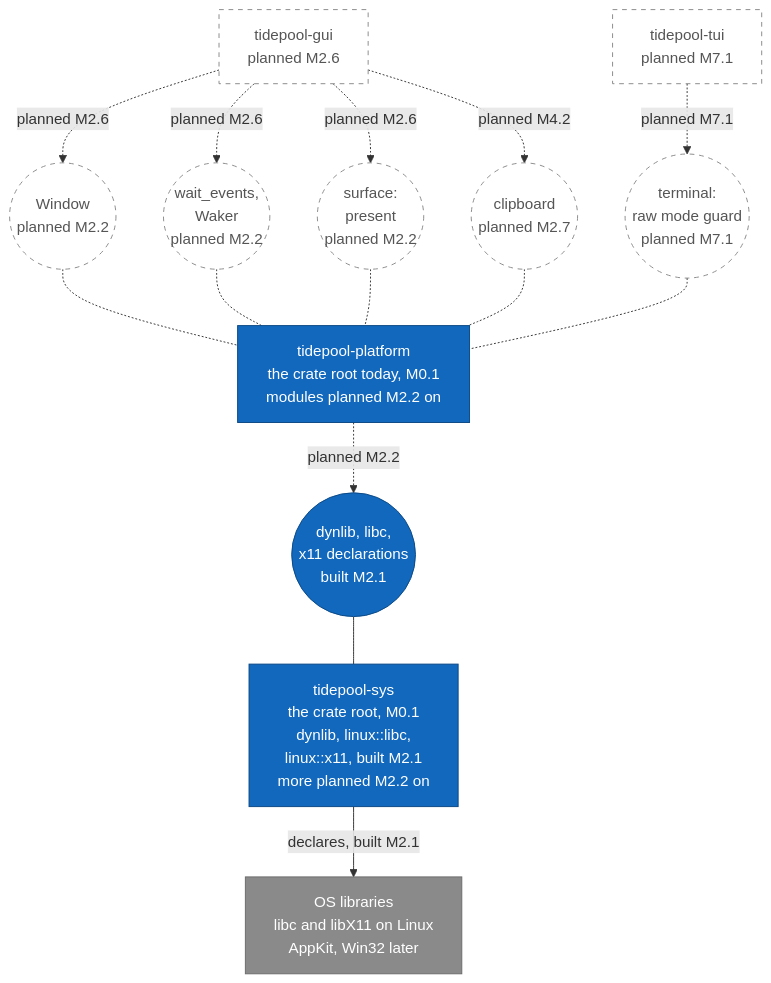
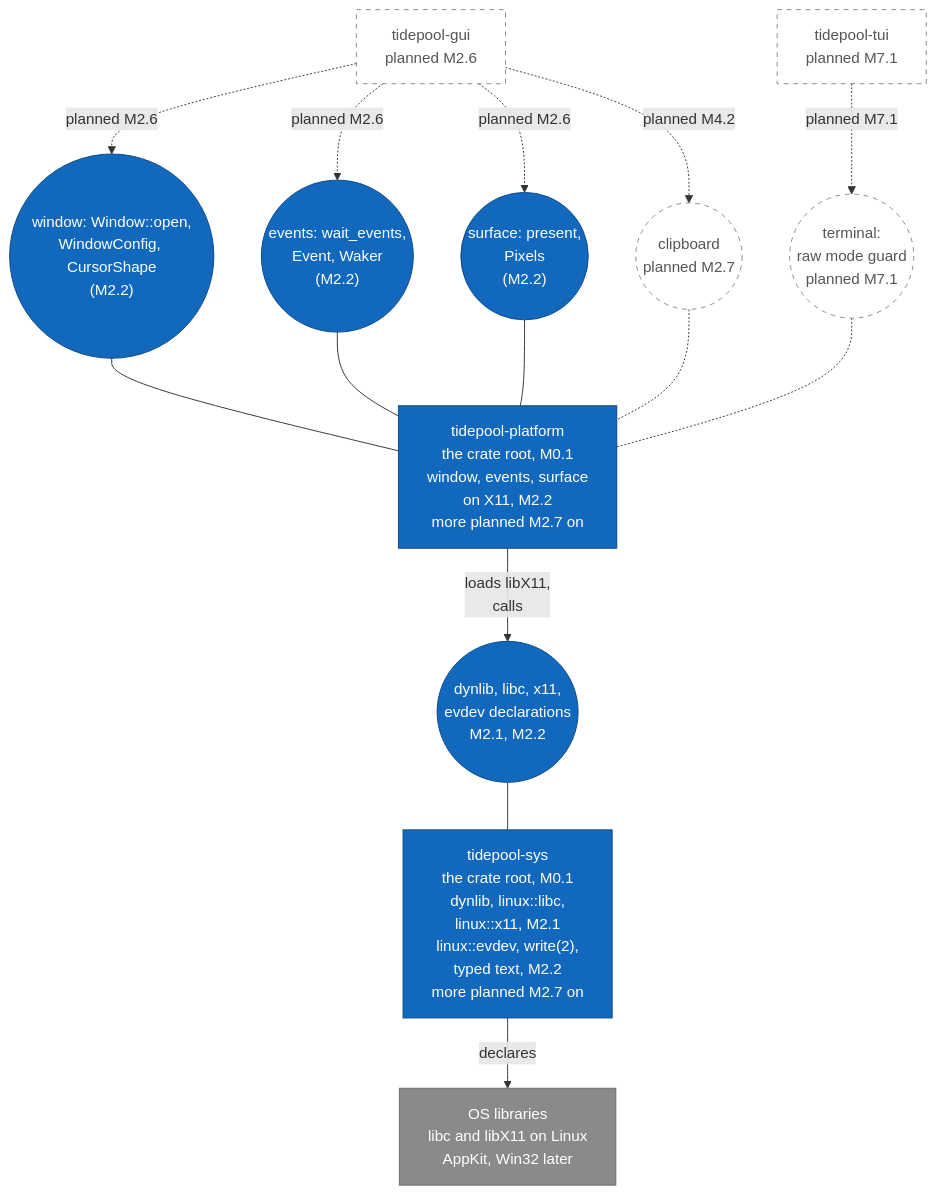
The seventh of 21 diagrams in diagrams/component-diagrams.md (jabbott-iii/Tidepool), drawn with Mermaid before and after one commit. The commit also changed other lines of this file and 45 other files, not shown here.

````diff
--- a/diagrams/component-diagrams.md
+++ b/diagrams/component-diagrams.md
@@ -384,40 +388,40 @@
 ```mermaid
 flowchart TB
     c_gui["tidepool-gui<br/>planned M2.6"]
     c_tui["tidepool-tui<br/>planned M7.1"]
 
-    i_window(("Window<br/>planned M2.2"))
-    i_events(("wait_events,<br/>Waker<br/>planned M2.2"))
-    i_surface(("surface:<br/>present<br/>planned M2.2"))
+    i_window(("window: Window::open,<br/>WindowConfig, CursorShape<br/>(M2.2)"))
+    i_events(("events: wait_events,<br/>Event, Waker<br/>(M2.2)"))
+    i_surface(("surface: present,<br/>Pixels<br/>(M2.2)"))
     i_clip(("clipboard<br/>planned M2.7"))
     i_terminal(("terminal:<br/>raw mode guard<br/>planned M7.1"))
 
-    c_platform["tidepool-platform<br/>the crate root today, M0.1<br/>modules planned M2.2 on"]
-    i_decl(("dynlib, libc,<br/>x11 declarations<br/>built M2.1"))
-    c_sys["tidepool-sys<br/>the crate root, M0.1<br/>dynlib, linux::libc,<br/>linux::x11, built M2.1<br/>more planned M2.2 on"]
+    c_platform["tidepool-platform<br/>the crate root, M0.1<br/>window, events, surface<br/>on X11, M2.2<br/>more planned M2.7 on"]
+    i_decl(("dynlib, libc, x11,<br/>evdev declarations<br/>M2.1, M2.2"))
+    c_sys["tidepool-sys<br/>the crate root, M0.1<br/>dynlib, linux::libc,<br/>linux::x11, M2.1<br/>linux::evdev, write(2),<br/>typed text, M2.2<br/>more planned M2.7 on"]
     e_os["OS libraries<br/>libc and libX11 on Linux<br/>AppKit, Win32 later"]
 
     c_gui -.->|"planned M2.6"| i_window
     c_gui -.->|"planned M2.6"| i_events
     c_gui -.->|"planned M2.6"| i_surface
     c_gui -.->|"planned M4.2"| i_clip
     c_tui -.->|"planned M7.1"| i_terminal
 
-    i_window -.- c_platform
-    i_events -.- c_platform
-    i_surface -.- c_platform
+    i_window --- c_platform
+    i_events --- c_platform
+    i_surface --- c_platform
     i_clip -.- c_platform
     i_terminal -.- c_platform
 
-    c_platform -.->|"planned M2.2"| i_decl
+    c_platform -->|"loads libX11,<br/>calls"| i_decl
     i_decl --- c_sys
-    c_sys -->|"declares, built M2.1"| e_os
+    c_sys -->|"declares"| e_os
 
     classDef built fill:#1168bd,stroke:#0b4884,color:#ffffff
     classDef external fill:#8a8a8a,stroke:#6b6b6b,color:#ffffff
     classDef planned fill:#ffffff,stroke:#888888,stroke-dasharray: 5 5,color:#555555
-    class c_platform,c_sys,i_decl built
+    class c_platform,c_sys,i_decl,i_window,i_events,i_surface built
     class c_gui,c_tui planned
-    class i_window,i_events,i_surface,i_clip,i_terminal planned
+    class i_clip,i_terminal planned
     class e_os external
 ```
````
